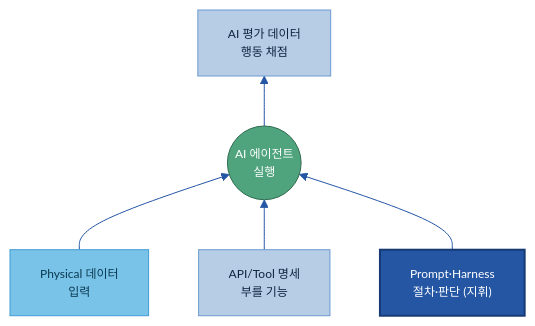
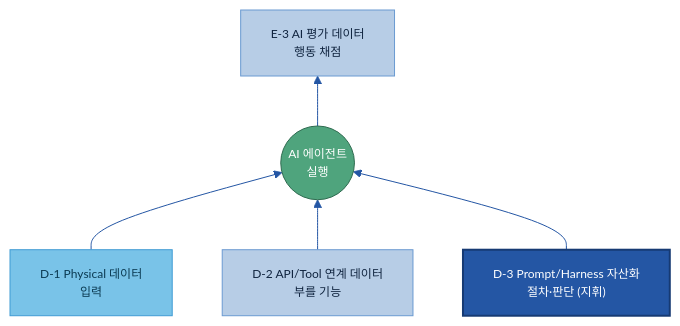
Before and after one commit to jin-kearney/ai-ready-data-manual: the fifth of 6 diagrams in 전체 목차/00 전체 목차 (20개 주제).md, drawn with Mermaid. The commit also changed other lines of this file, not shown here.

````diff
--- a/전체 목차/00 전체 목차 (20개 주제).md
+++ b/전체 목차/00 전체 목차 (20개 주제).md
@@ -253,12 +240,12 @@
 ```mermaid
 %%{init: {'theme':'base','themeVariables':{'primaryColor':'#DCE8F5','primaryBorderColor':'#2456A4','primaryTextColor':'#10243f','lineColor':'#2456A4','fontSize':'12px'}}}%%
 flowchart BT
-    PHY["Physical 데이터<br/>입력"]:::src --> AGENT
-    TOOL["API/Tool 명세<br/>부를 기능"]:::n --> AGENT
-    PROM["Prompt·Harness<br/>절차·판단 (지휘)"]:::cat --> AGENT(("AI 에이전트<br/>실행")):::loop
-    AGENT --> EVAL["AI 평가 데이터<br/>행동 채점"]:::n
+    PHY["D-1 Physical 데이터<br/>입력"]:::src --> AGENT
+    TOOL["D-2 API/Tool 연계 데이터<br/>부를 기능"]:::n --> AGENT
+    PROM["D-3 Prompt/Harness 자산화<br/>절차·판단 (지휘)"]:::cat --> AGENT(("AI 에이전트<br/>실행")):::loop
+    AGENT --> EVAL["E-3 AI 평가 데이터<br/>행동 채점"]:::n
     classDef n fill:#B7CDE6,stroke:#6B9AD1,color:#10243f;
     classDef src fill:#79C3E8,stroke:#3F9BD4,color:#0b3a52;
     classDef cat fill:#2456A4,color:#fff,stroke:#163a73,stroke-width:2px;
     classDef loop fill:#4FA47D,stroke:#2f6b50,color:#fff;
 ```
````
